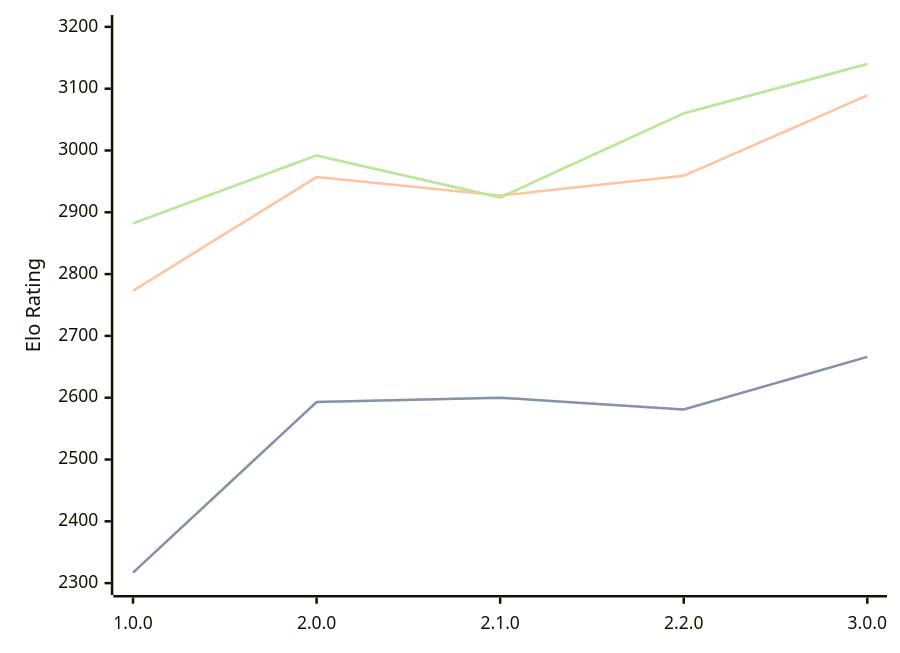
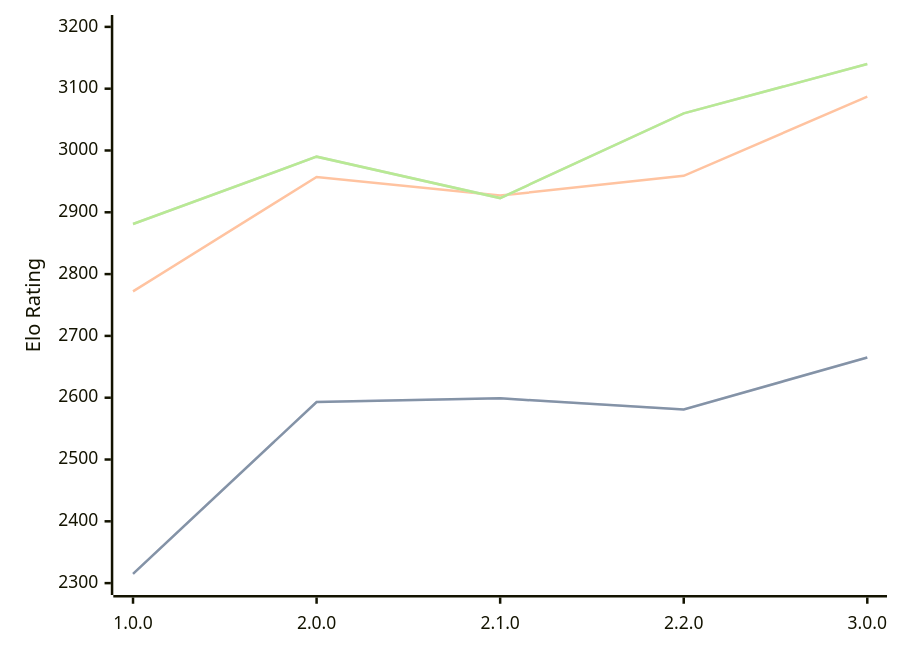
One commit to computer-chess-index/cci changed the diagram in engines/Catalyst.md. Above: the diagram before and after it, drawn with Mermaid. The commit also changed other lines of this file, not shown here.

Commit message:
Update CCI Ratings (ELO VLTC) - 2026-10-01

````diff
--- a/engines/Catalyst.md
+++ b/engines/Catalyst.md
@@ -36,11 +36,11 @@
 ```mermaid
 %%{init: {"theme":"base","themeVariables":{"seriesColors:['#a3a3a3','#222221','#faa371']}}}%%
 xychart-beta
   x-axis ["1.0.0", "2.0.0", "2.1.0", "2.2.0", "3.0.0"]
   y-axis "Elo Rating" 2300 --> 3200
-  line "" [2317, 2593, 2600, 2581, 2666]
-  line "STC (8.0+0.08s)" [2317, 2593, 2600, 2581, 2666]
-  line "LTC (60.0+0.60s)" [2773, 2957, 2927, 2959, 3089]
-  line "" [2882, 2992, 2924, 3060, 3140]
-  line "VLTC (2m24s+1.12s)" [2882, 2992, 2924, 3060, 3140]
+  line "" [2315, 2593, 2599, 2581, 2665]
+  line "STC (8.0+0.08s)" [2315, 2593, 2599, 2581, 2665]
+  line "LTC (60.0+0.60s)" [2772, 2957, 2927, 2959, 3087]
+  line "" [2881, 2990, 2923, 3060, 3140]
+  line "VLTC (2m24s+1.12s)" [2881, 2990, 2923, 3060, 3140]
 ```
````
